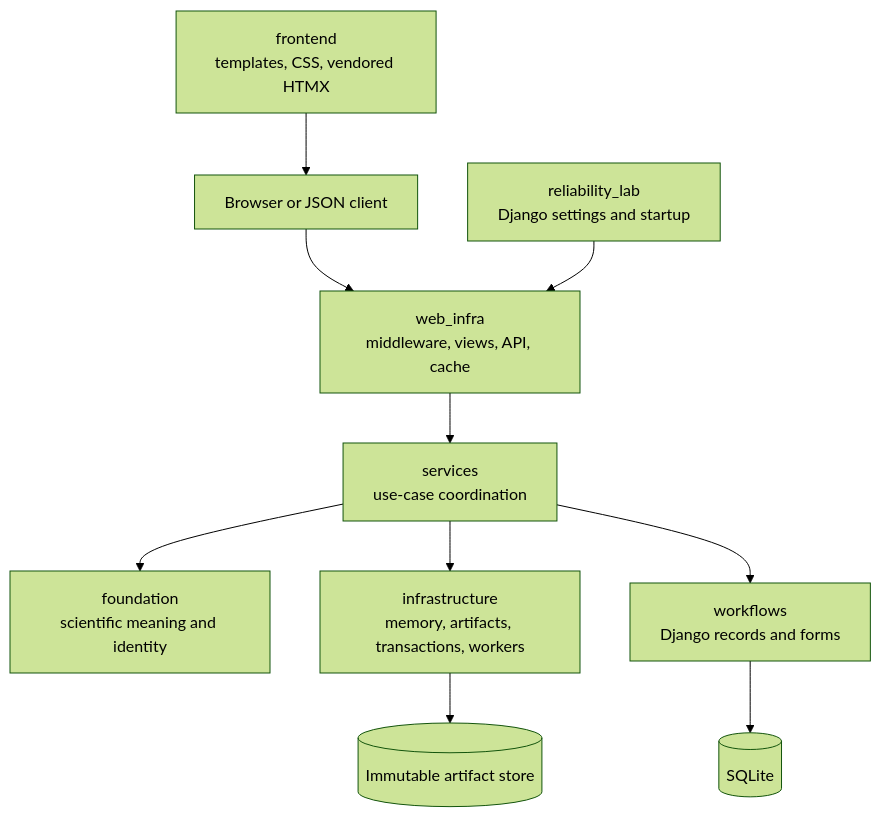
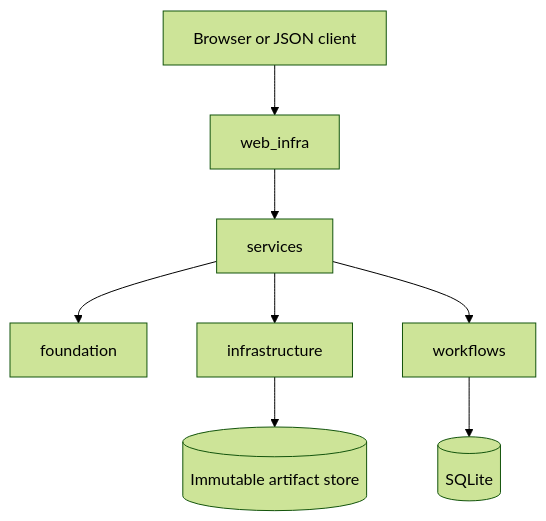
One commit to DavidoffichW/MyDjangoCS-Infrastructure changed the diagram in README.md. Above: the diagram before and after it, drawn with Mermaid (forest theme). The commit also changed other lines of this file and 6 other files, not shown here.

````diff
--- a/README.md
+++ b/README.md
@@ -30,12 +37,10 @@
 ```mermaid
 flowchart TD
-    B[Browser or JSON client] --> W[web_infra<br/>middleware, views, API, cache]
-    W --> S[services<br/>use-case coordination]
-    S --> F[foundation<br/>scientific meaning and identity]
-    S --> I[infrastructure<br/>memory, artifacts, transactions, workers]
-    S --> M[workflows<br/>Django records and forms]
+    B[Browser or JSON client] --> W[web_infra]
+    W --> S[services]
+    S --> F[foundation]
+    S --> I[infrastructure]
+    S --> M[workflows]
     M --> DB[(SQLite)]
     I --> FS[(Immutable artifact store)]
-    UI[frontend<br/>templates, CSS, vendored HTMX] --> B
-    R[reliability_lab<br/>Django settings and startup] --> W
 ```
````
